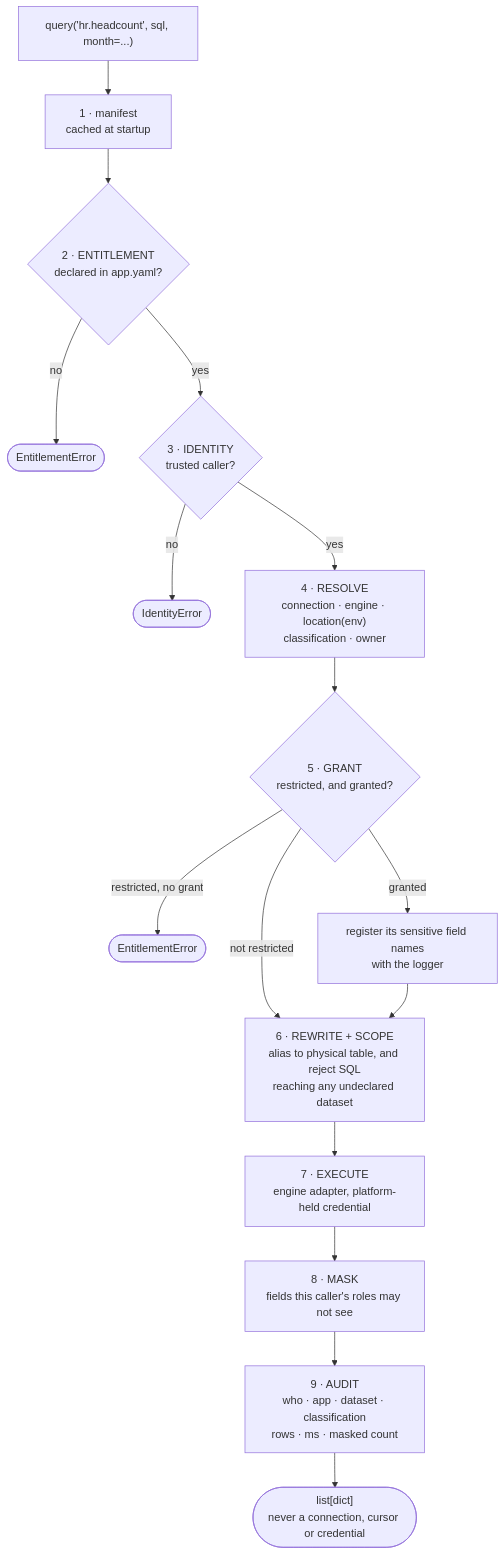
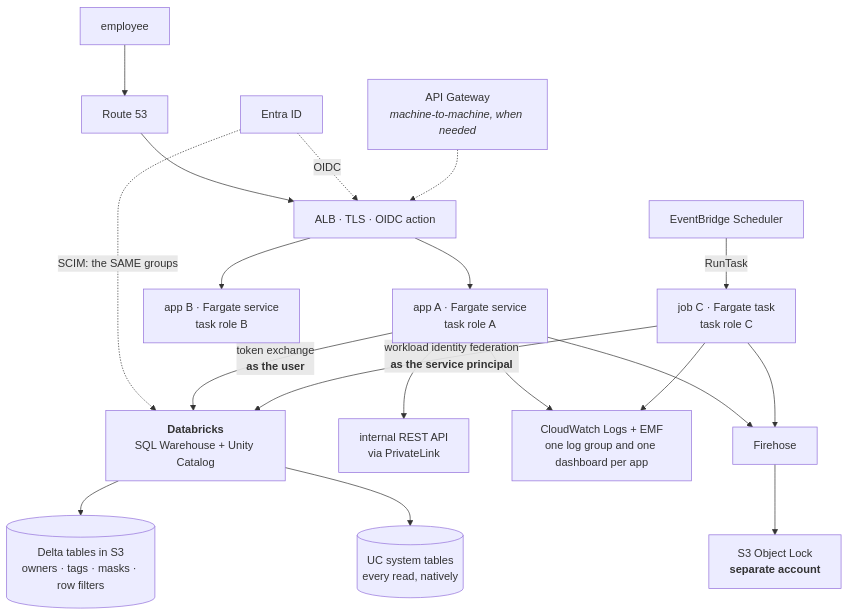
One commit to KRISHNABR/insights-platform changed the eighth of 8 diagrams in docs/ARCHITECTURE.md. Above: the diagram before and after it, drawn with Mermaid. The commit also changed other lines of this file and 12 other files, not shown here.

````diff
--- a/docs/ARCHITECTURE.md
+++ b/docs/ARCHITECTURE.md
@@ -157,18 +664,20 @@
 ```mermaid
 flowchart TB
-  Q["query('hr.headcount', sql, month=...)"] --> S1["1 · manifest<br/>cached at startup"]
-  S1 --> S2{"2 · ENTITLEMENT<br/>declared in app.yaml?"}
-  S2 -->|"no"| X1(["EntitlementError"])
-  S2 -->|"yes"| S3{"3 · IDENTITY<br/>trusted caller?"}
-  S3 -->|"no"| X2(["IdentityError"])
-  S3 -->|"yes"| S4["4 · RESOLVE<br/>connection · engine · location(env)<br/>classification · owner"]
-  S4 --> S5{"5 · GRANT<br/>restricted, and granted?"}
-  S5 -->|"restricted, no grant"| X3(["EntitlementError"])
-  S5 -->|"granted"| S5b["register its sensitive field names<br/>with the logger"]
-  S5 -->|"not restricted"| S6
-  S5b --> S6["6 · REWRITE + SCOPE<br/>alias to physical table, and reject SQL<br/>reaching any undeclared dataset"]
-  S6 --> S7["7 · EXECUTE<br/>engine adapter, platform-held credential"]
-  S7 --> S8["8 · MASK<br/>fields this caller's roles may not see"]
-  S8 --> S9["9 · AUDIT<br/>who · app · dataset · classification<br/>rows · ms · masked count"]
-  S9 --> OUT(["list[dict]<br/>never a connection, cursor or credential"])
+  U["employee"] --> R53["Route 53"] --> ALB["ALB · TLS · OIDC action"]
+  ENTRA["Entra ID"] -.->|"OIDC"| ALB
+  ENTRA -.->|"SCIM: the SAME groups"| DBX
+  APIGW["API Gateway<br/><i>machine-to-machine, when needed</i>"] -.-> ALB
+
+  ALB --> A1["app A · Fargate service<br/>task role A"]
+  ALB --> A2["app B · Fargate service<br/>task role B"]
+  EB["EventBridge Scheduler"] -->|"RunTask"| JOB["job C · Fargate task<br/>task role C"]
+
+  A1 -->|"token exchange<br/><b>as the user</b>"| DBX["<b>Databricks</b><br/>SQL Warehouse + Unity Catalog"]
+  JOB -->|"workload identity federation<br/><b>as the service principal</b>"| DBX
+  DBX --> DELTA[("Delta tables in S3<br/>owners · tags · masks · row filters")]
+  DBX --> UCAUD[("UC system tables<br/>every read, natively")]
+
+  A1 --> PL["internal REST API<br/>via PrivateLink"]
+  A1 & JOB --> CW["CloudWatch Logs + EMF<br/>one log group and one dashboard per app"]
+  A1 & JOB --> FH["Firehose"] --> S3["S3 Object Lock<br/><b>separate account</b>"]
 ```
````
